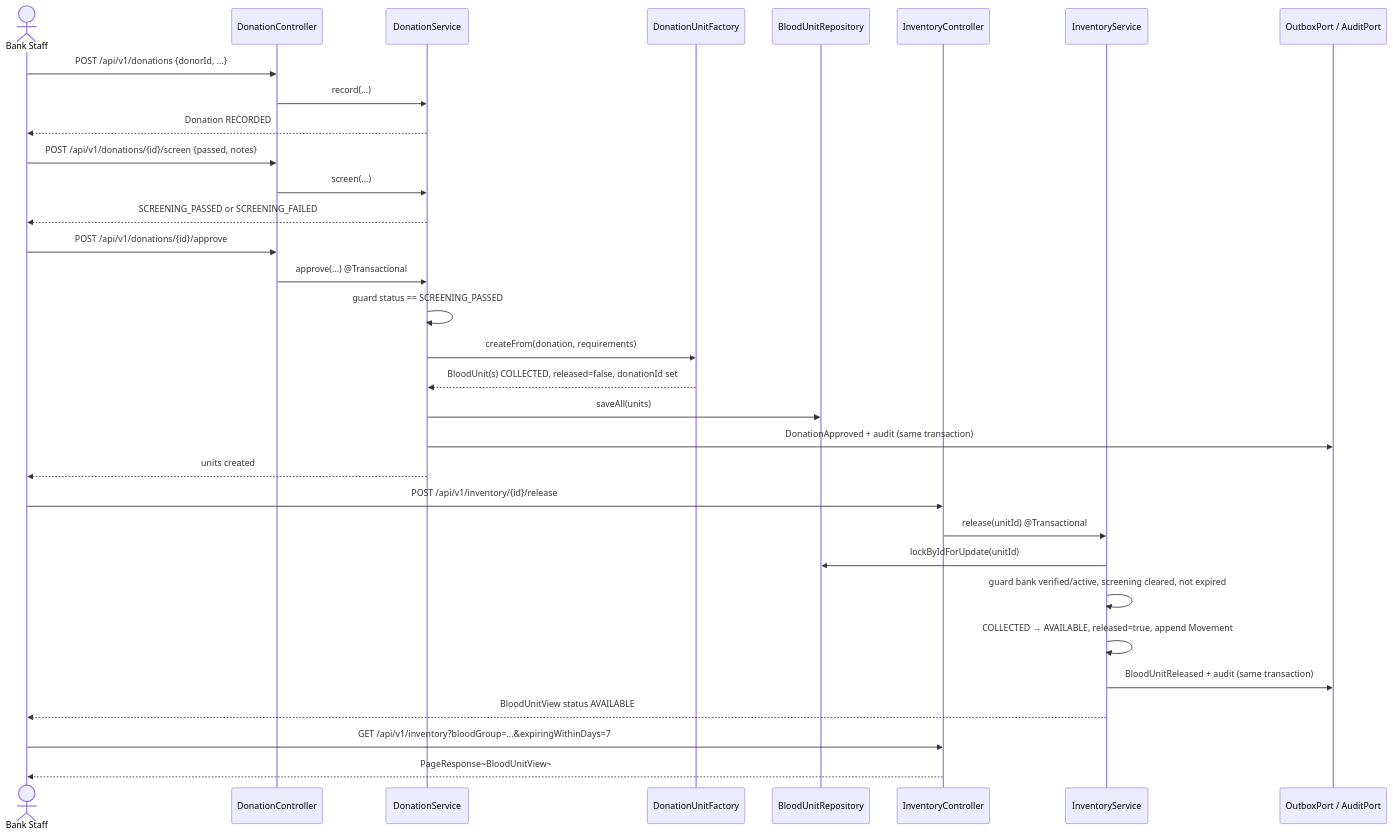
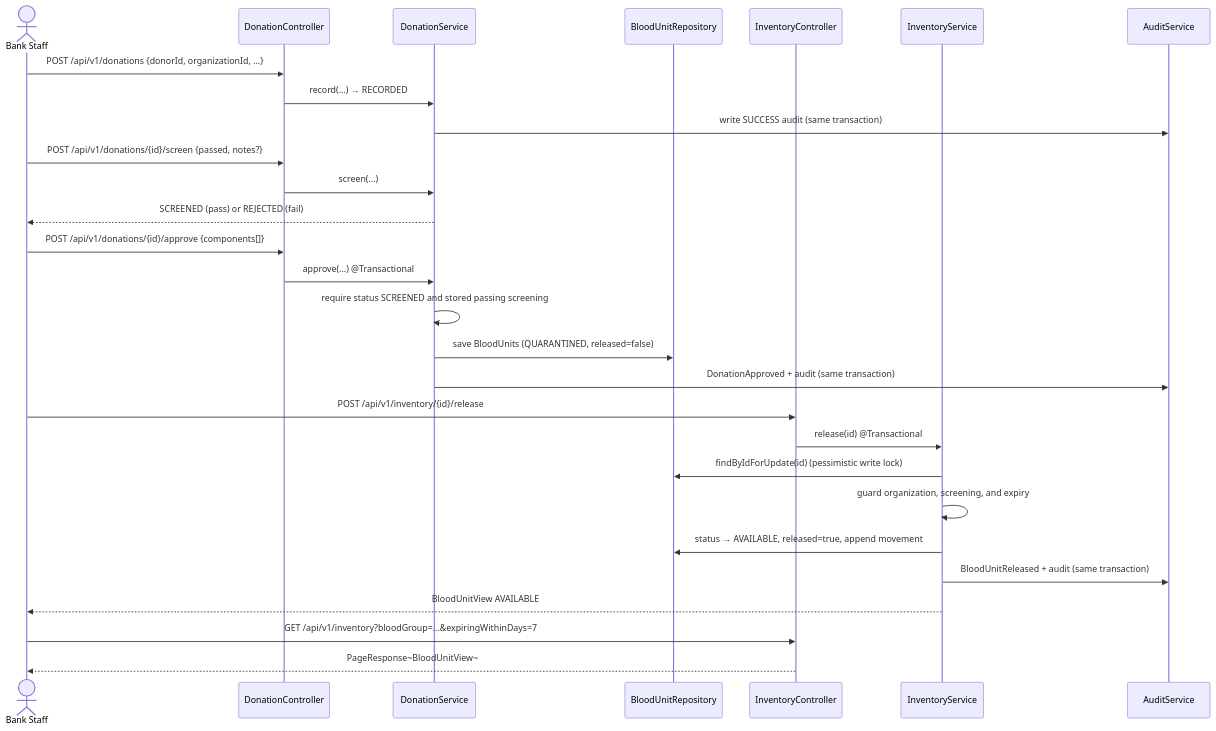
Before and after one commit to karkalashivareddy/Advanced-Object-Oriented-Programming-Project: the fourth of 9 diagrams in project/docs/architecture/UML.md, drawn with Mermaid. The commit also changed other lines of this file and 25 other files, not shown here.

First line of the commit message:
docs: finalize Phase 2 evidence, reviews, and release notes

````diff
--- a/project/docs/architecture/UML.md
+++ b/project/docs/architecture/UML.md
@@ -327,39 +340,35 @@
 ```mermaid
 sequenceDiagram
     actor B as Bank Staff
     participant DC as DonationController
     participant DS as DonationService
-    participant UF as DonationUnitFactory
     participant BR as BloodUnitRepository
     participant IC as InventoryController
     participant IS as InventoryService
-    participant OB as OutboxPort / AuditPort
+    participant AU as AuditService
 
-    B->>DC: POST /api/v1/donations {donorId, ...}
-    DC->>DS: record(...)
-    DS-->>B: Donation RECORDED
+    B->>DC: POST /api/v1/donations {donorId, organizationId, ...}
+    DC->>DS: record(...) → RECORDED
+    DS->>AU: write SUCCESS audit (same transaction)
 
-    B->>DC: POST /api/v1/donations/{id}/screen {passed, notes}
+    B->>DC: POST /api/v1/donations/{id}/screen {passed, notes?}
     DC->>DS: screen(...)
-    DS-->>B: SCREENING_PASSED or SCREENING_FAILED
+    DS-->>B: SCREENED (pass) or REJECTED (fail)
 
-    B->>DC: POST /api/v1/donations/{id}/approve
+    B->>DC: POST /api/v1/donations/{id}/approve {components[]}
     DC->>DS: approve(...) @Transactional
-    DS->>DS: guard status == SCREENING_PASSED
-    DS->>UF: createFrom(donation, requirements)
-    UF-->>DS: BloodUnit(s) COLLECTED, released=false, donationId set
-    DS->>BR: saveAll(units)
-    DS->>OB: DonationApproved + audit (same transaction)
-    DS-->>B: units created
+    DS->>DS: require status SCREENED and stored passing screening
+    DS->>BR: save BloodUnits (QUARANTINED, released=false)
+    DS->>AU: DonationApproved + audit (same transaction)
 
     B->>IC: POST /api/v1/inventory/{id}/release
-    IC->>IS: release(unitId) @Transactional
-    IS->>BR: lockByIdForUpdate(unitId)
-    IS->>IS: guard bank verified/active, screening cleared, not expired
-    IS->>IS: COLLECTED → AVAILABLE, released=true, append Movement
-    IS->>OB: BloodUnitReleased + audit (same transaction)
-    IS-->>B: BloodUnitView status AVAILABLE
+    IC->>IS: release(id) @Transactional
+    IS->>BR: findByIdForUpdate(id) (pessimistic write lock)
+    IS->>IS: guard organization, screening, and expiry
+    IS->>BR: status → AVAILABLE, released=true, append movement
+    IS->>AU: BloodUnitReleased + audit (same transaction)
+    IS-->>B: BloodUnitView AVAILABLE
 
     B->>IC: GET /api/v1/inventory?bloodGroup=...&expiringWithinDays=7
     IC-->>B: PageResponse~BloodUnitView~
 ```
````
